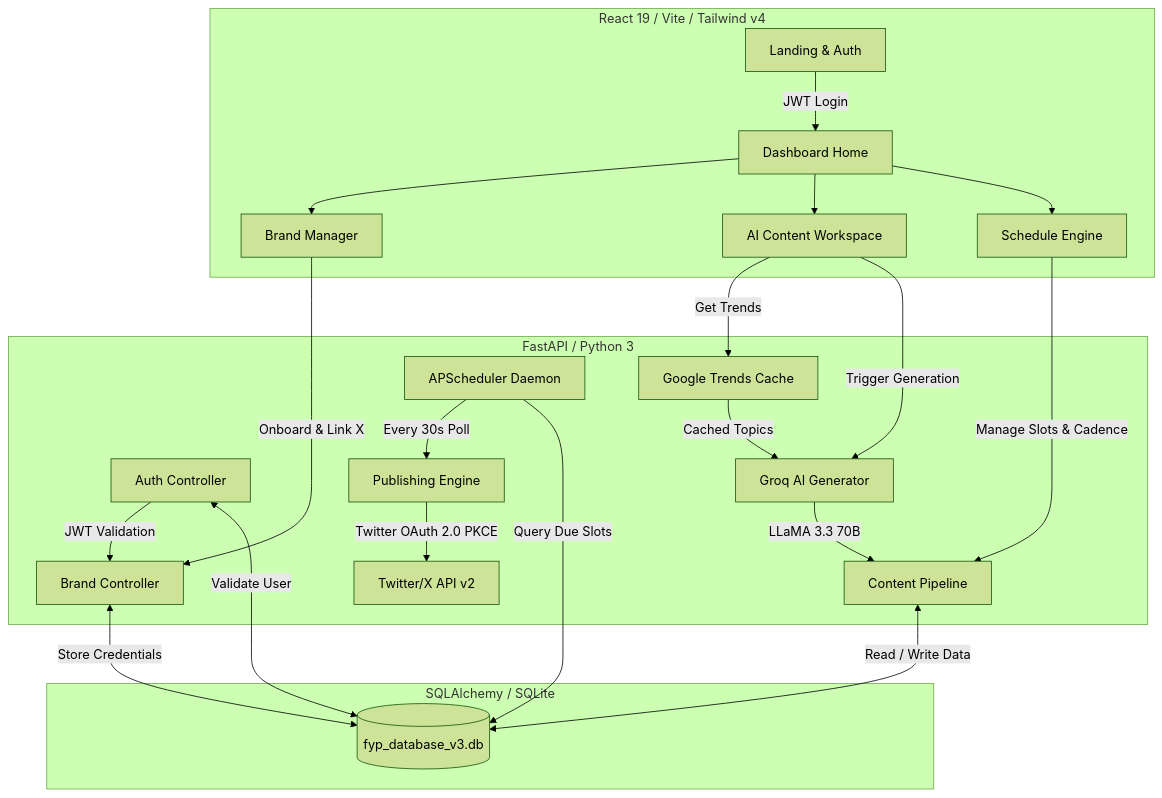
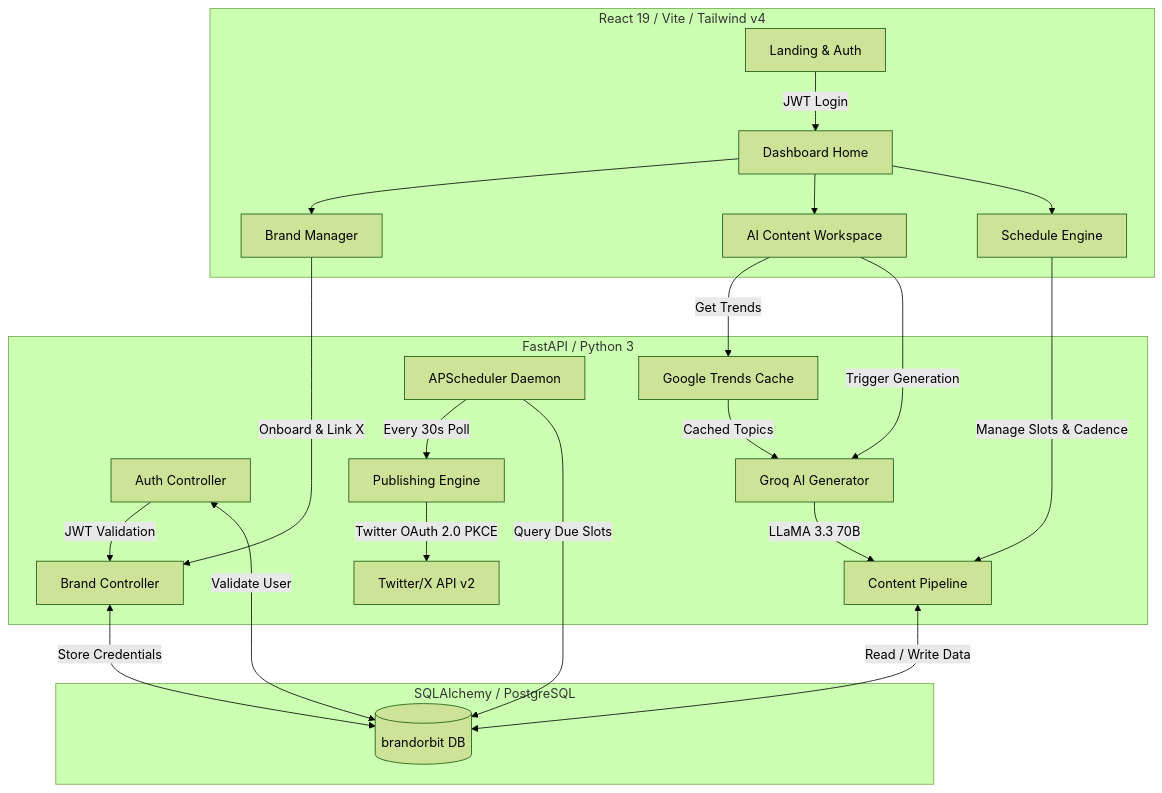
Before and after one commit to ShahidYasin03/BrandOrbit: the diagram in README.md, drawn with Mermaid (forest theme). The commit also changed other lines of this file and 3 other files, not shown here.

````diff
--- a/README.md
+++ b/README.md
@@ -18,34 +18,34 @@
 ```mermaid
 graph TD
     %% Frontend Subsystem
     subgraph Frontend [React 19 / Vite / Tailwind v4]
         A[Landing & Auth] -->|JWT Login| B[Dashboard Home]
         B --> C[Brand Manager]
         B --> D[AI Content Workspace]
         B --> E[Schedule Engine]
     end
 
     %% Backend Subsystem
     subgraph Backend [FastAPI / Python 3]
         F[Auth Controller] -->|JWT Validation| G[Brand Controller]
         H[Google Trends Cache] -->|Cached Topics| I[Groq AI Generator]
         I -->|LLaMA 3.3 70B| J[Content Pipeline]
         K[APScheduler Daemon] -->|Every 30s Poll| L[Publishing Engine]
         L -->|Twitter OAuth 2.0 PKCE| M[Twitter/X API v2]
     end
 
     %% Database Subsystem
-    subgraph Storage [SQLAlchemy / SQLite]
-        N[(fyp_database_v3.db)]
+    subgraph Storage [SQLAlchemy / PostgreSQL]
+        N[(brandorbit DB)]
     end
 
     %% Interactions
     C -->|Onboard & Link X| G
     D -->|Get Trends| H
     D -->|Trigger Generation| I
     E -->|Manage Slots & Cadence| J
     J <-->|Read / Write Data| N
     G <-->|Store Credentials| N
     F <-->|Validate User| N
     K -->|Query Due Slots| N
 ```
````
